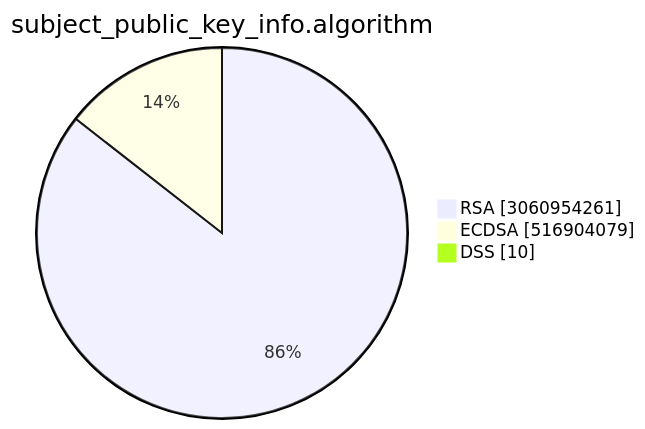
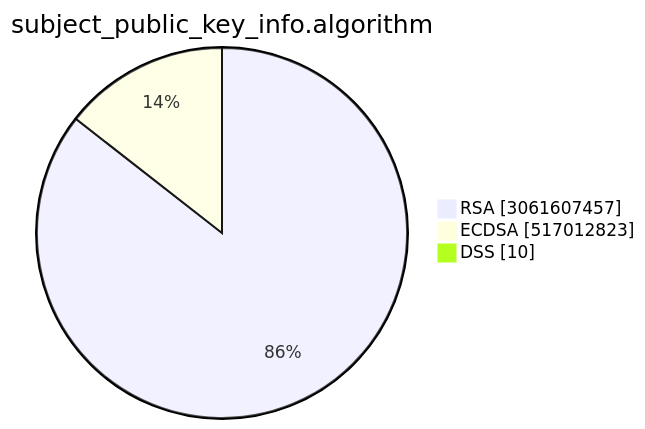
The second of 15 diagrams in TOTAL/README.md (christiankrug/ctmonitor_visualization), drawn with Mermaid before and after one commit. The commit also changed other lines of this file, not shown here.

````diff
--- a/TOTAL/README.md
+++ b/TOTAL/README.md
@@ -6,7 +6,7 @@
 ```mermaid
 pie showData
 title subject_public_key_info.algorithm
-"RSA" :3060954261
-"ECDSA" :516904079
+"RSA" :3061607457
+"ECDSA" :517012823
 "DSS" :10
 ```
````
